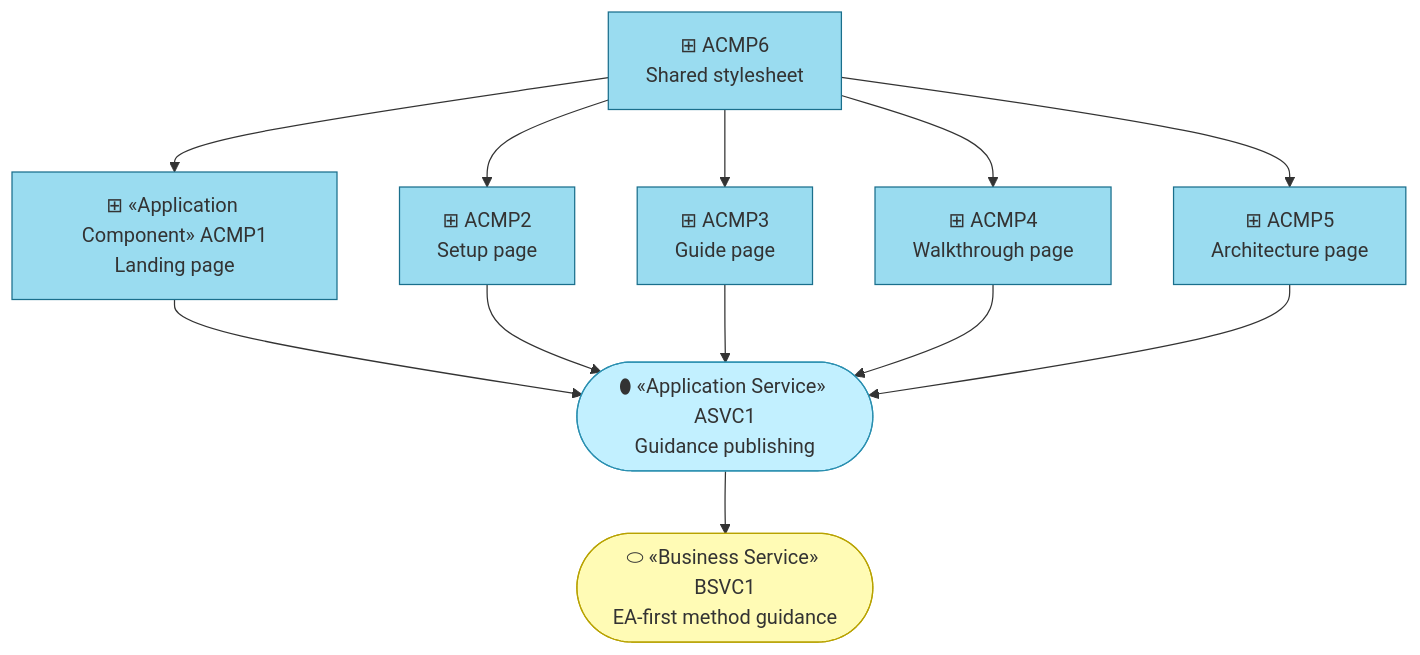
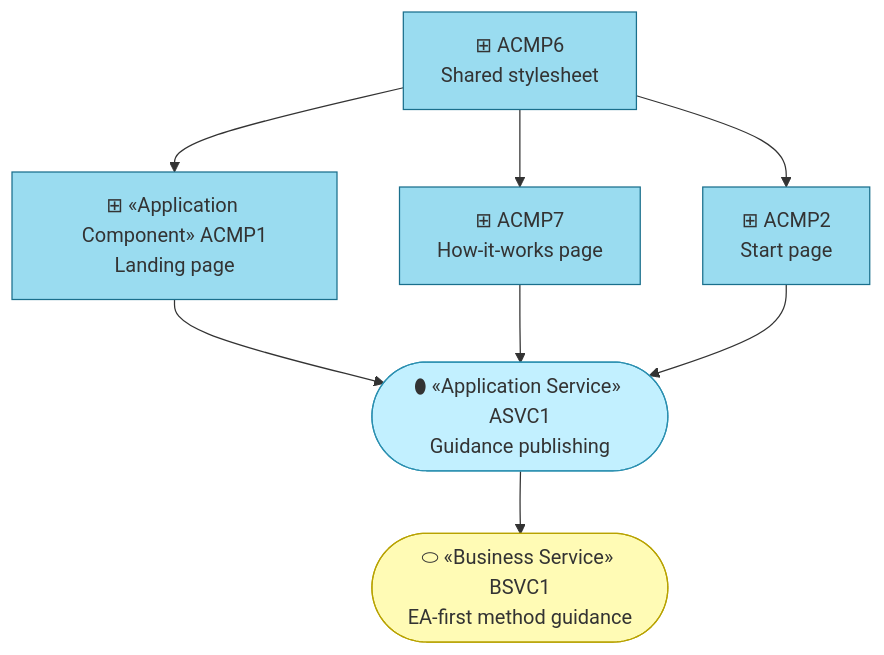
Before and after one commit to roanboc/architecture-archreator: the second of 2 diagrams in site/docs/ea/4_application/2_application-components.md, drawn with Mermaid. The commit also changed other lines of this file and 24 other files, not shown here.

````diff
--- a/site/docs/ea/4_application/2_application-components.md
+++ b/site/docs/ea/4_application/2_application-components.md
@@ -33,28 +33,22 @@
 ```mermaid
 flowchart TB
   bsvc1(["⬭ «Business Service» BSVC1<br>EA-first method guidance"]):::business
   asvc1(["⬮ «Application Service» ASVC1<br>Guidance publishing"]):::appservice
 
   acmp1["⊞ «Application Component» ACMP1<br>Landing page"]:::component
-  acmp2["⊞ ACMP2<br>Setup page"]:::component
-  acmp3["⊞ ACMP3<br>Guide page"]:::component
-  acmp4["⊞ ACMP4<br>Walkthrough page"]:::component
-  acmp5["⊞ ACMP5<br>Architecture page"]:::component
+  acmp7["⊞ ACMP7<br>How-it-works page"]:::component
+  acmp2["⊞ ACMP2<br>Start page"]:::component
   acmp6["⊞ ACMP6<br>Shared stylesheet"]:::component
 
   acmp1 --> asvc1
+  acmp7 --> asvc1
   acmp2 --> asvc1
-  acmp3 --> asvc1
-  acmp4 --> asvc1
-  acmp5 --> asvc1
   acmp6 --> acmp1
+  acmp6 --> acmp7
   acmp6 --> acmp2
-  acmp6 --> acmp3
-  acmp6 --> acmp4
-  acmp6 --> acmp5
   asvc1 --> bsvc1
 
   classDef business fill:#fffbb5,stroke:#b8a200,color:#333
   classDef appservice fill:#c2f0ff,stroke:#2a8fb0,color:#333
   classDef component fill:#9adcf0,stroke:#1a6f8c,color:#333
 ```
````
